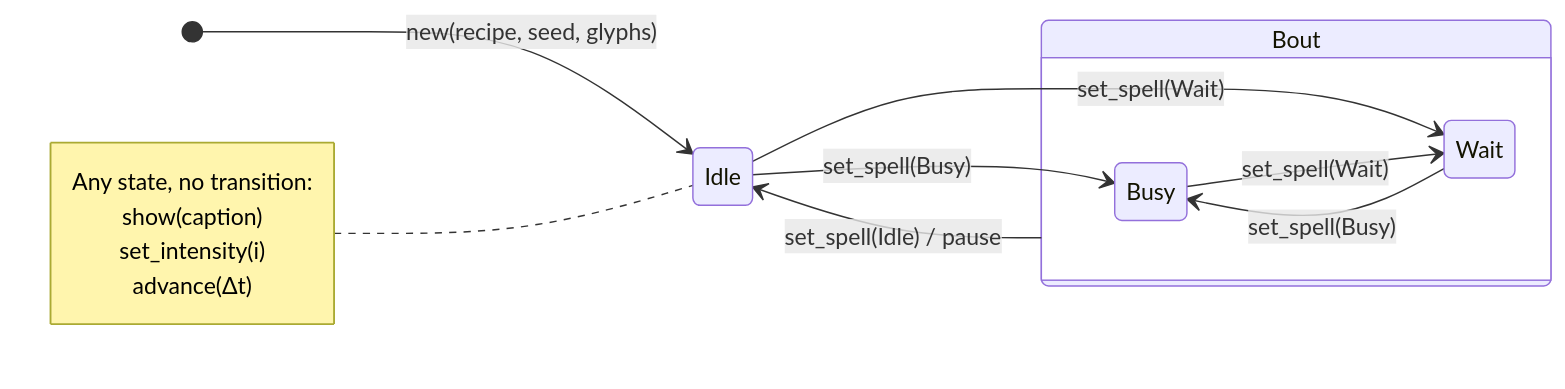
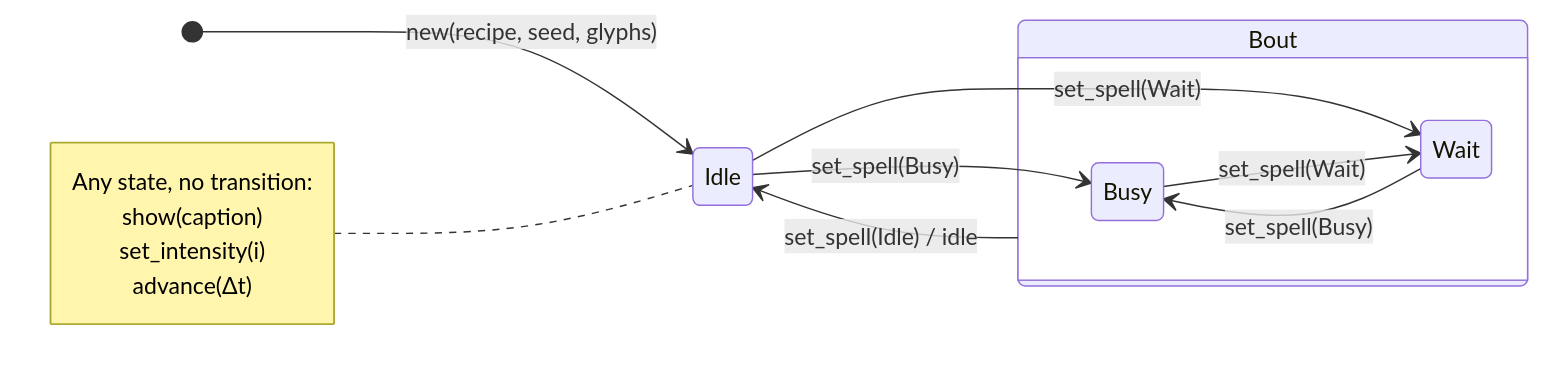
One commit to aoaoaoaoaoaoaoaoaoaoaoaoaoaoaoaoaoaoaoa/libshimmer changed the fifth of 6 diagrams in design/DESIGN.md. Above: the diagram before and after it, drawn with Mermaid. The commit also changed other lines of this file, not shown here.

First line of the commit message:
Let each shader paint Idle as it chooses

````diff
--- a/design/DESIGN.md
+++ b/design/DESIGN.md
@@ -278,18 +278,18 @@
 ```mermaid
 stateDiagram-v2
   direction LR
   [*] --> Idle: new(recipe, seed, glyphs)
   Idle --> Busy: set_spell(Busy)
   Idle --> Wait: set_spell(Wait)
   state Bout {
     Busy --> Wait: set_spell(Wait)
     Wait --> Busy: set_spell(Busy)
   }
-  Bout --> Idle: set_spell(Idle) / pause
+  Bout --> Idle: set_spell(Idle) / idle
   note left of Idle
     Any state, no transition:
     show(caption)
     set_intensity(i)
     advance(Δt)
   end note
 ```
````
